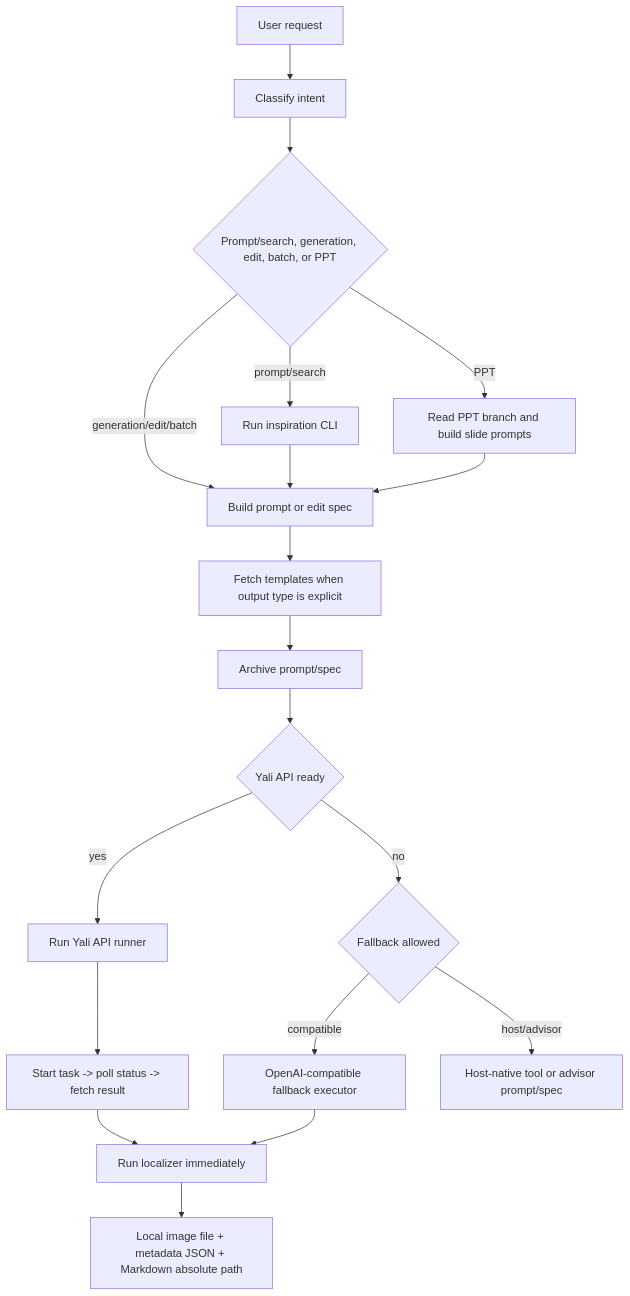
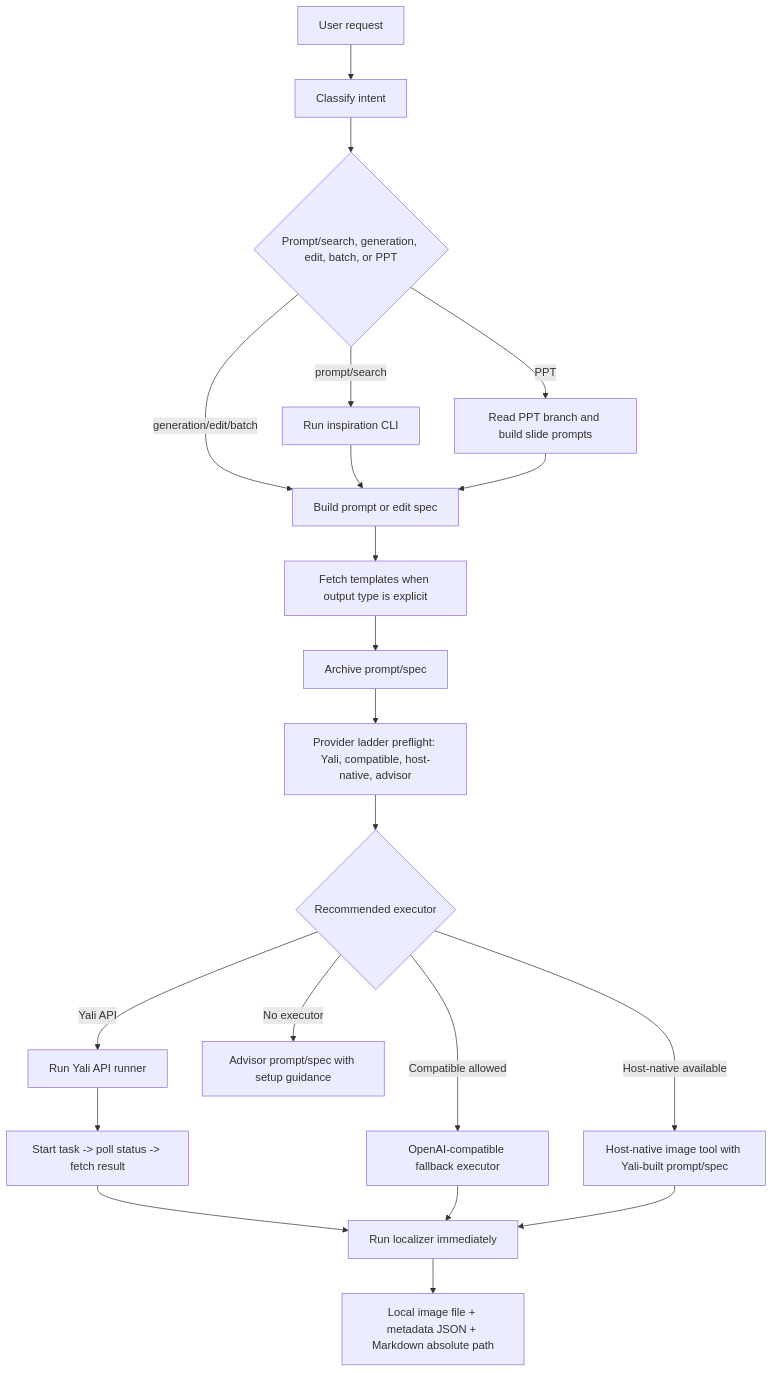
The diagram in references/image-generation-workflow.md (pptt121212/yaliai-gpt-image-2-inspiration), drawn with Mermaid before and after one commit. The commit also changed other lines of this file and 20 other files, not shown here.

Commit message:
Improve image provider preflight fallback routing

````diff
--- a/references/image-generation-workflow.md
+++ b/references/image-generation-workflow.md
@@ -15,21 +15,23 @@
 ```mermaid
 flowchart TD
   A["User request"] --> B["Classify intent"]
   B --> C{"Prompt/search, generation, edit, batch, or PPT"}
   C -->|prompt/search| D["Run inspiration CLI"]
   C -->|generation/edit/batch| E["Build prompt or edit spec"]
   C -->|PPT| F["Read PPT branch and build slide prompts"]
   D --> E
   F --> E
   E --> G["Fetch templates when output type is explicit"]
   G --> H["Archive prompt/spec"]
-  H --> I{"Yali API ready"}
-  I -->|yes| J["Run Yali API runner"]
+  H --> I["Provider ladder preflight: Yali, compatible, host-native, advisor"]
+  I --> R{"Recommended executor"}
+  R -->|Yali API| J["Run Yali API runner"]
   J --> K["Start task -> poll status -> fetch result"]
   K --> L["Run localizer immediately"]
   L --> M["Local image file + metadata JSON + Markdown absolute path"]
-  I -->|no| N{"Fallback allowed"}
-  N -->|compatible| O["OpenAI-compatible fallback executor"]
+  R -->|Compatible allowed| O["OpenAI-compatible fallback executor"]
   O --> L
-  N -->|host/advisor| P["Host-native tool or advisor prompt/spec"]
+  R -->|Host-native available| P["Host-native image tool with Yali-built prompt/spec"]
+  P --> L
+  R -->|No executor| Q["Advisor prompt/spec with setup guidance"]
 ```
````
